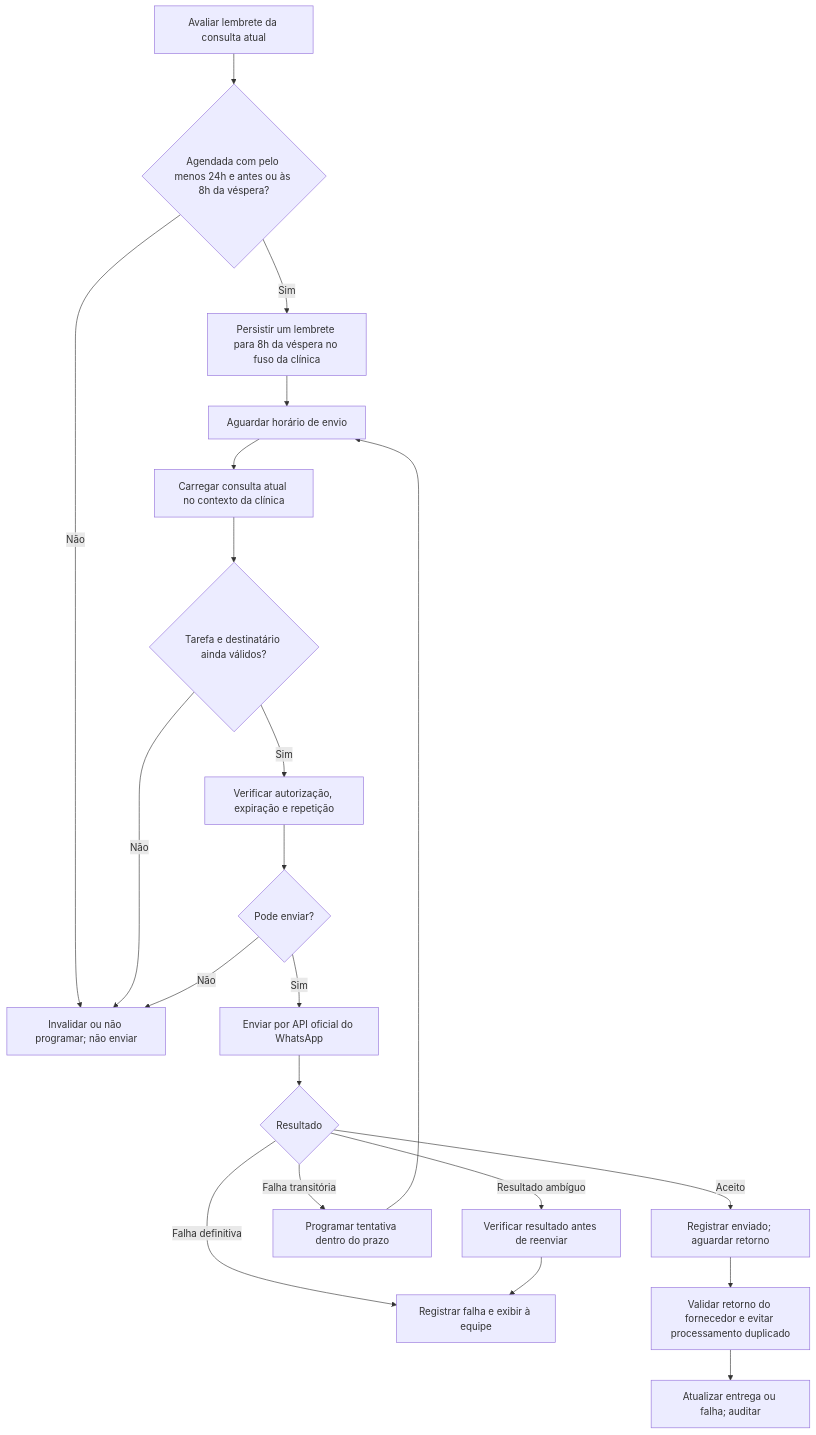
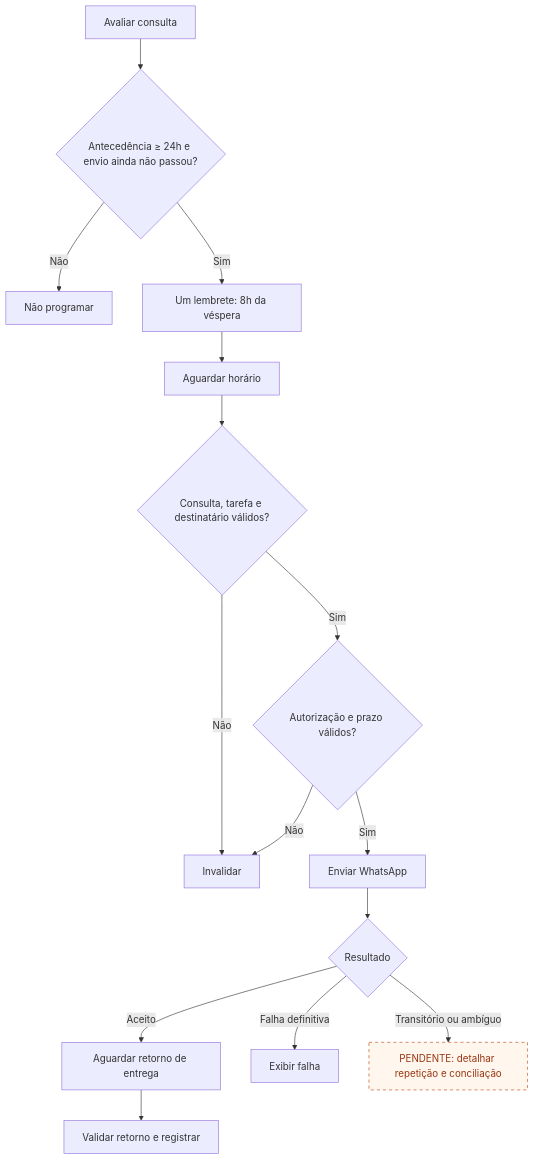
One commit to ArthurSarva/IntegraConsultas changed the seventh of 9 diagrams in docs/fluxograma-sistema.md. Above: the diagram before and after it, drawn with Mermaid. The commit also changed other lines of this file, not shown here.

````diff
--- a/docs/fluxograma-sistema.md
+++ b/docs/fluxograma-sistema.md
@@ -143,23 +152,19 @@
 ```mermaid
 flowchart TD
-    A["Avaliar lembrete da consulta atual"] --> A1{"Agendada com pelo menos 24h e antes ou às 8h da véspera?"}
-    A1 -->|Não| E["Não enviar lembrete tardio"]
-    A1 -->|Sim| A2["Persistir um lembrete para 8h da véspera no fuso da clínica"]
-    A2 --> B["Aguardar horário de envio"]
-    B --> C["Carregar consulta atual no contexto da clínica"]
-    C --> D{"Tarefa e destinatário ainda válidos?"}
-    D -->|Não| E["Invalidar ou não programar; não enviar"]
-    D -->|Sim| F["Verificar autorização, expiração e repetição"]
-    F --> G{"Pode enviar?"}
-    G -->|Não| E
-    G -->|Sim| H["Enviar por API oficial do WhatsApp"]
-    H --> I{"Resultado"}
-    I -->|Aceito| J["Registrar enviado; aguardar retorno"]
-    I -->|Falha transitória| K["Programar tentativa dentro do prazo"]
-    I -->|Resultado ambíguo| L["Verificar resultado antes de reenviar"]
-    I -->|Falha definitiva| M["Registrar falha e exibir à equipe"]
-    K --> B
-    L --> M
-    J --> N["Validar retorno do fornecedor e evitar processamento duplicado"]
-    N --> O["Atualizar entrega ou falha; auditar"]
+ A["Avaliar consulta"] --> B{"Antecedência ≥ 24h e envio ainda não passou?"}
+ B -->|Não| C["Não programar"]
+ B -->|Sim| D["Um lembrete: 8h da véspera"]
+ D --> E["Aguardar horário"]
+ E --> F{"Consulta, tarefa e destinatário válidos?"}
+ F -->|Não| G["Invalidar"]
+ F -->|Sim| H{"Autorização e prazo válidos?"}
+ H -->|Não| G
+ H -->|Sim| I["Enviar WhatsApp"]
+ I --> J{"Resultado"}
+ J -->|Aceito| K["Aguardar retorno de entrega"]
+ K --> L["Validar retorno e registrar"]
+ J -->|Falha definitiva| M["Exibir falha"]
+ J -->|Transitório ou ambíguo| P["PENDENTE: detalhar repetição e conciliação"]
+ classDef pendente fill:#fff7ed,stroke:#c2410c,stroke-dasharray:5 5,color:#9a3412;
+ class P pendente;
 ```
````
